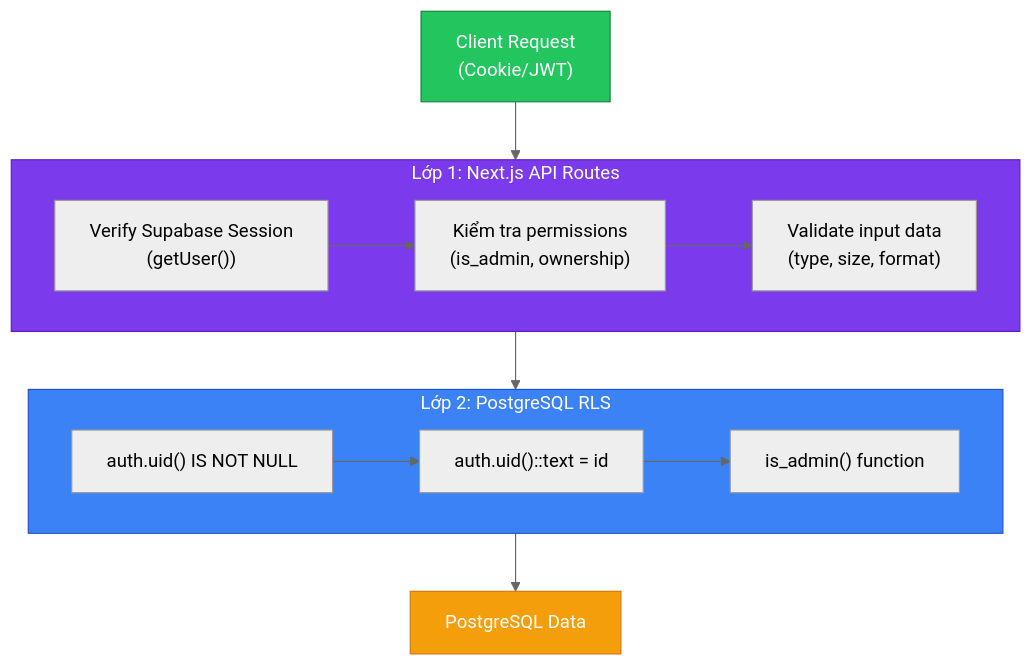
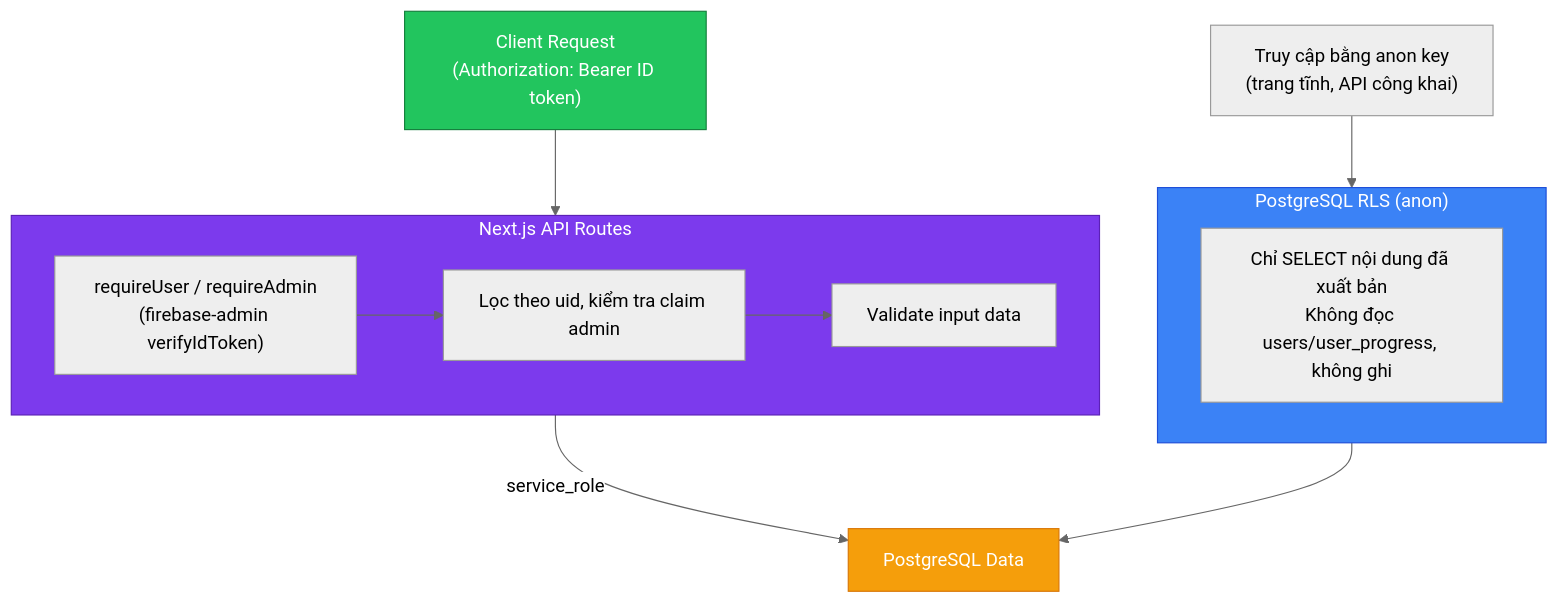
Before and after one commit to iAmHieu2012/Sequoia: the fifth of 5 diagrams in docs/design/architecture.md, drawn with Mermaid (neutral theme). The commit also changed other lines of this file and 71 other files, not shown here.

First line of the commit message:
feat(auth): move authentication to Firebase, Supabase stays the database

````diff
--- a/docs/design/architecture.md
+++ b/docs/design/architecture.md
@@ -232,29 +230,26 @@
 ```mermaid
 graph TB
-    CLIENT["Client Request<br/>(Cookie/JWT)"] --> API_LAYER
+    CLIENT["Client Request<br/>(Authorization: Bearer ID token)"] --> API_LAYER
+    PUBLIC["Truy cập bằng anon key<br/>(trang tĩnh, API công khai)"] --> RLS_LAYER
 
-    subgraph API_LAYER["Lớp 1: Next.js API Routes"]
-        VERIFY["Verify Supabase Session<br/>(getUser())"]
-        PERMISSION["Kiểm tra permissions<br/>(is_admin, ownership)"]
-        VALIDATE["Validate input data<br/>(type, size, format)"]
-        
+    subgraph API_LAYER["Next.js API Routes"]
+        VERIFY["requireUser / requireAdmin<br/>(firebase-admin verifyIdToken)"]
+        PERMISSION["Lọc theo uid, kiểm tra claim admin"]
+        VALIDATE["Validate input data"]
+
         VERIFY --> PERMISSION --> VALIDATE
     end
 
-    API_LAYER --> RLS_LAYER
+    API_LAYER -->|"service_role"| DATA
 
-    subgraph RLS_LAYER["Lớp 2: PostgreSQL RLS"]
-        AUTH_CHECK["auth.uid() IS NOT NULL"]
-        OWNER_CHECK["auth.uid()::text = id"]
-        ADMIN_CHECK["is_admin() function"]
-        
-        AUTH_CHECK --> OWNER_CHECK --> ADMIN_CHECK
+    subgraph RLS_LAYER["PostgreSQL RLS (anon)"]
+        READ_ONLY["Chỉ SELECT nội dung đã xuất bản<br/>Không đọc users/user_progress, không ghi"]
     end
 
     RLS_LAYER --> DATA["PostgreSQL Data"]
 
     style API_LAYER fill:#7c3aed,stroke:#5b21b6,color:#fff
     style RLS_LAYER fill:#3b82f6,stroke:#1d4ed8,color:#fff
     style CLIENT fill:#22c55e,stroke:#15803d,color:#fff
     style DATA fill:#f59e0b,stroke:#d97706,color:#fff
 ```
````
